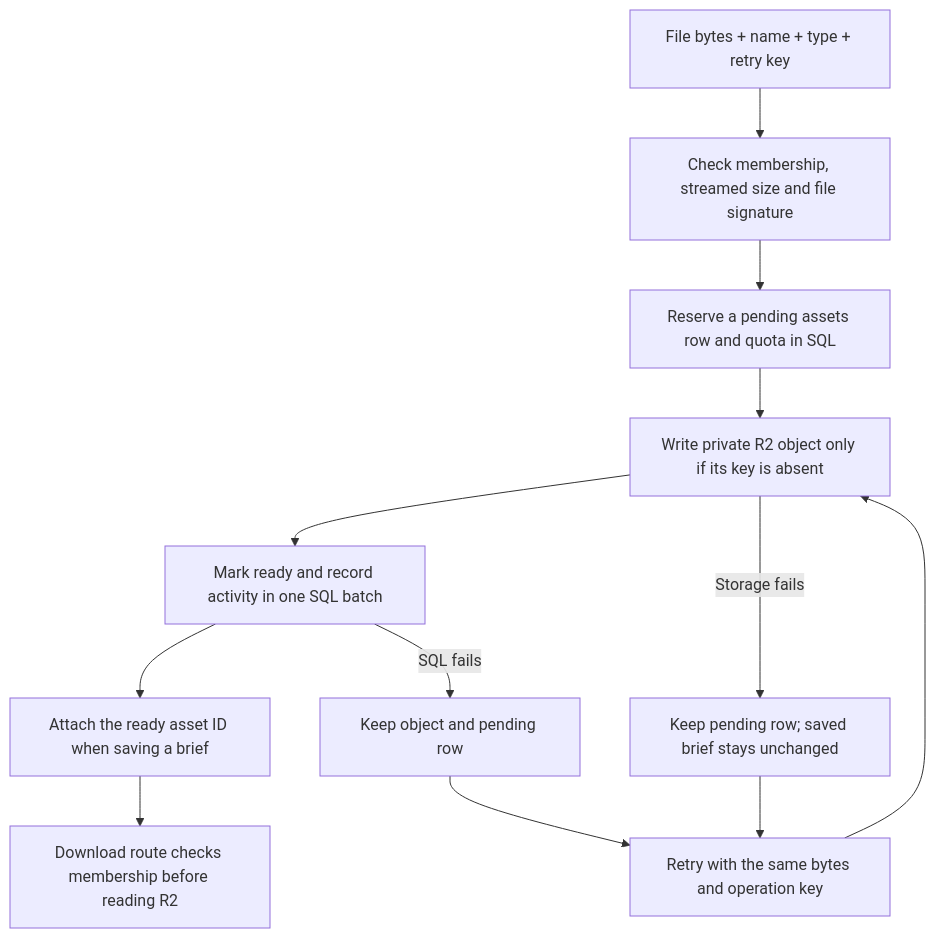
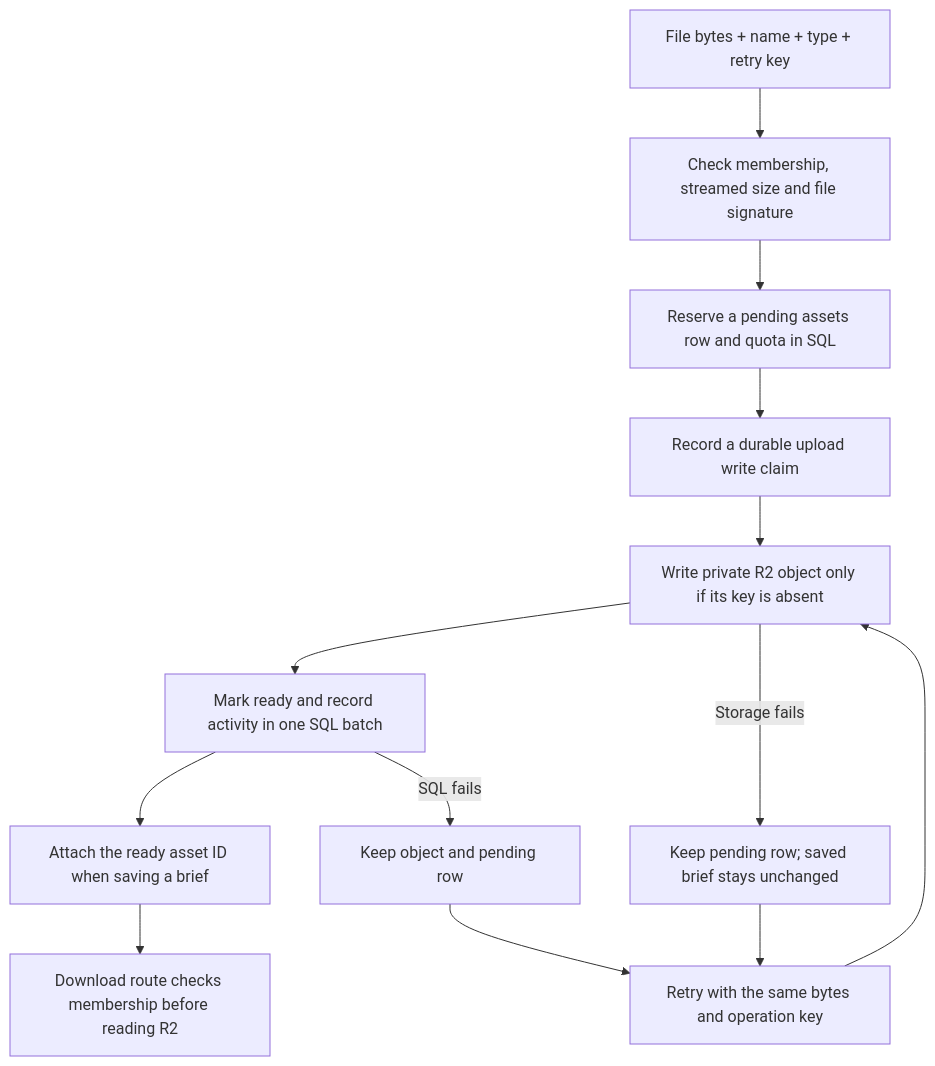
The third of 6 diagrams in docs/how-it-works.md (mosalah-77/onboarding-portal), drawn with Mermaid before and after one commit. The commit also changed other lines of this file and 6 other files, not shown here.

First line of the commit message:
Document the data flow, learning evidence and operator limits

````diff
--- a/docs/how-it-works.md
+++ b/docs/how-it-works.md
@@ -90,14 +90,15 @@
 ```mermaid
 flowchart TD
   A[File bytes + name + type + retry key] --> B[Check membership, streamed size and file signature]
   B --> C[Reserve a pending assets row and quota in SQL]
-  C --> D[Write private R2 object only if its key is absent]
+  C --> W[Record a durable upload write claim]
+  W --> D[Write private R2 object only if its key is absent]
   D --> E[Mark ready and record activity in one SQL batch]
   E --> F[Attach the ready asset ID when saving a brief]
   D -->|Storage fails| G[Keep pending row; saved brief stays unchanged]
   E -->|SQL fails| H[Keep object and pending row]
   G --> I[Retry with the same bytes and operation key]
   H --> I
   I --> D
   F --> J[Download route checks membership before reading R2]
 ```
````
